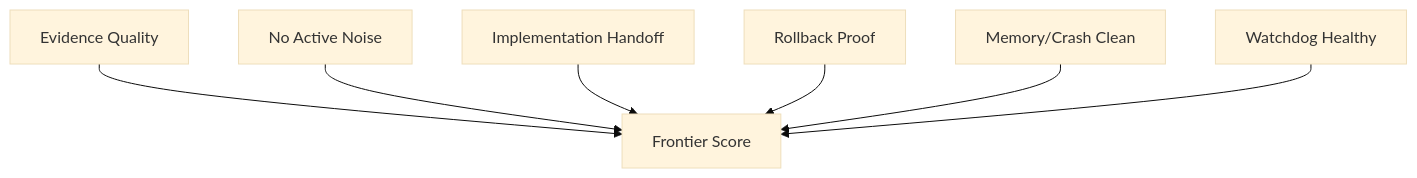
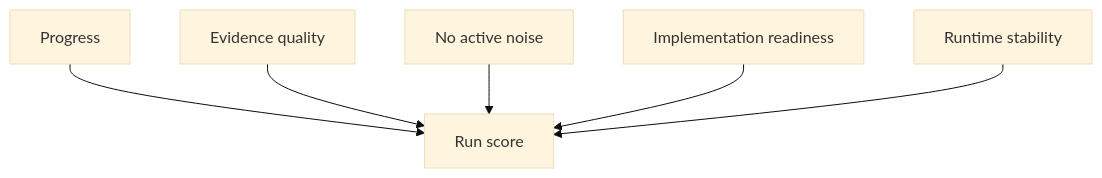
Before and after one commit to Kristianaaron/openclaw-harness-autoresearch: the third of 4 diagrams in README.md, drawn with Mermaid (base theme). The commit also changed other lines of this file and 2 other files, not shown here.

````diff
--- a/README.md
+++ b/README.md
@@ -149,9 +93,8 @@
 ```mermaid
 flowchart TD
-    A["Evidence Quality"] --> S["Frontier Score"]
-    B["No Active Noise"] --> S
-    C["Implementation Handoff"] --> S
-    D["Rollback Proof"] --> S
-    E["Memory/Crash Clean"] --> S
-    F["Watchdog Healthy"] --> S
+    A["Progress"] --> F["Run score"]
+    B["Evidence quality"] --> F
+    C["No active noise"] --> F
+    D["Implementation readiness"] --> F
+    E["Runtime stability"] --> F
 ```
````
